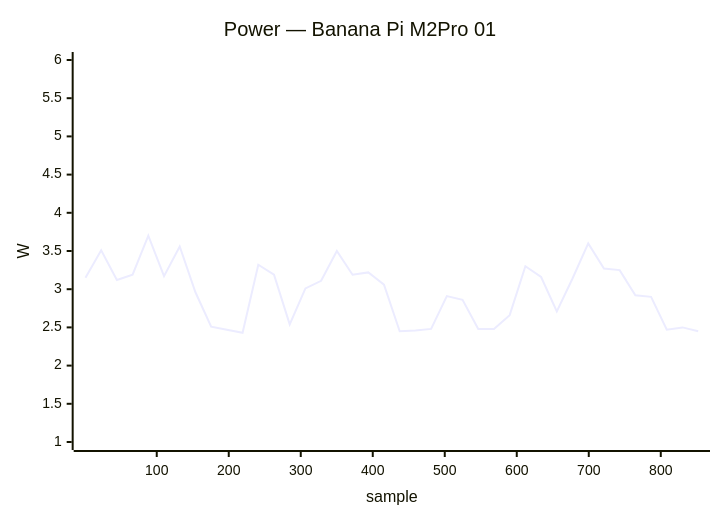
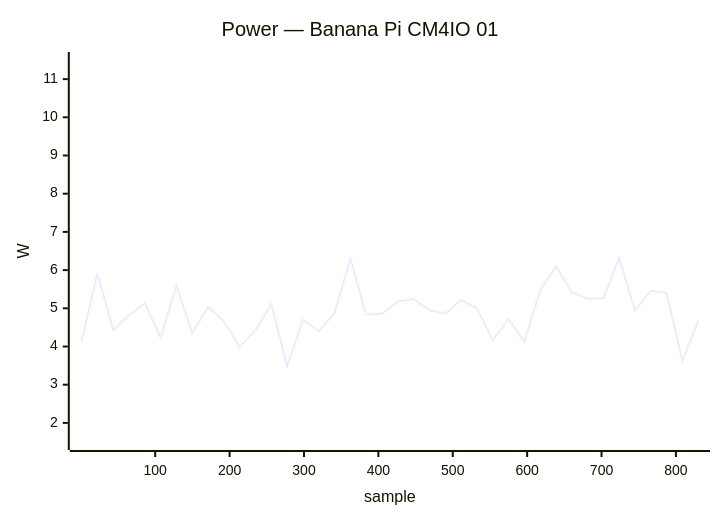
Before and after one commit to armbian/documentation: the eighth of 40 diagrams in docs/status/board-tests.md, drawn with Mermaid. The commit also changed other lines of this file, not shown here.

````diff
--- a/docs/status/board-tests.md
+++ b/docs/status/board-tests.md
@@ -332,7 +300,7 @@
 ```mermaid
 xychart-beta
-    title "Power — Banana Pi M2Pro 01"
-    x-axis "sample" 1 --> 852
-    y-axis "W" 1.0 --> 6.0
-    line [3.15, 3.51, 3.12, 3.19, 3.70, 3.17, 3.56, 2.96, 2.51, 2.47, 2.43, 3.32, 3.19, 2.54, 3.01, 3.11, 3.50, 3.19, 3.22, 3.06, 2.45, 2.46, 2.48, 2.91, 2.86, 2.48, 2.48, 2.66, 3.30, 3.16, 2.71, 3.14, 3.60, 3.27, 3.25, 2.92, 2.90, 2.47, 2.50, 2.45]
+    title "Power — Banana Pi CM4IO 01"
+    x-axis "sample" 1 --> 830
+    y-axis "W" 1.5 --> 11.5
+    line [4.14, 5.92, 4.43, 4.82, 5.13, 4.23, 5.59, 4.35, 5.03, 4.66, 3.99, 4.42, 5.11, 3.48, 4.70, 4.40, 4.88, 6.30, 4.84, 4.86, 5.17, 5.24, 4.95, 4.86, 5.22, 5.00, 4.16, 4.72, 4.12, 5.46, 6.10, 5.42, 5.25, 5.27, 6.32, 4.94, 5.46, 5.40, 3.62, 4.68]
 ```
````
